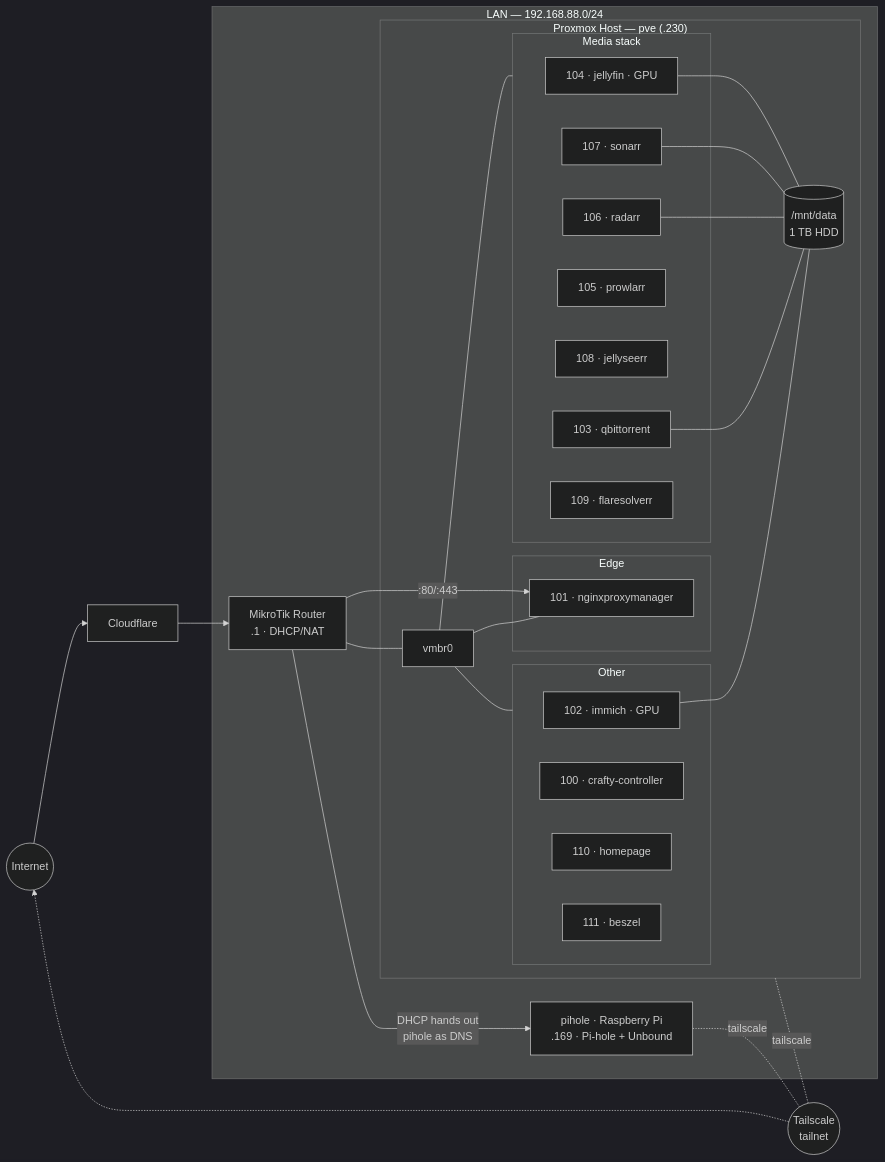
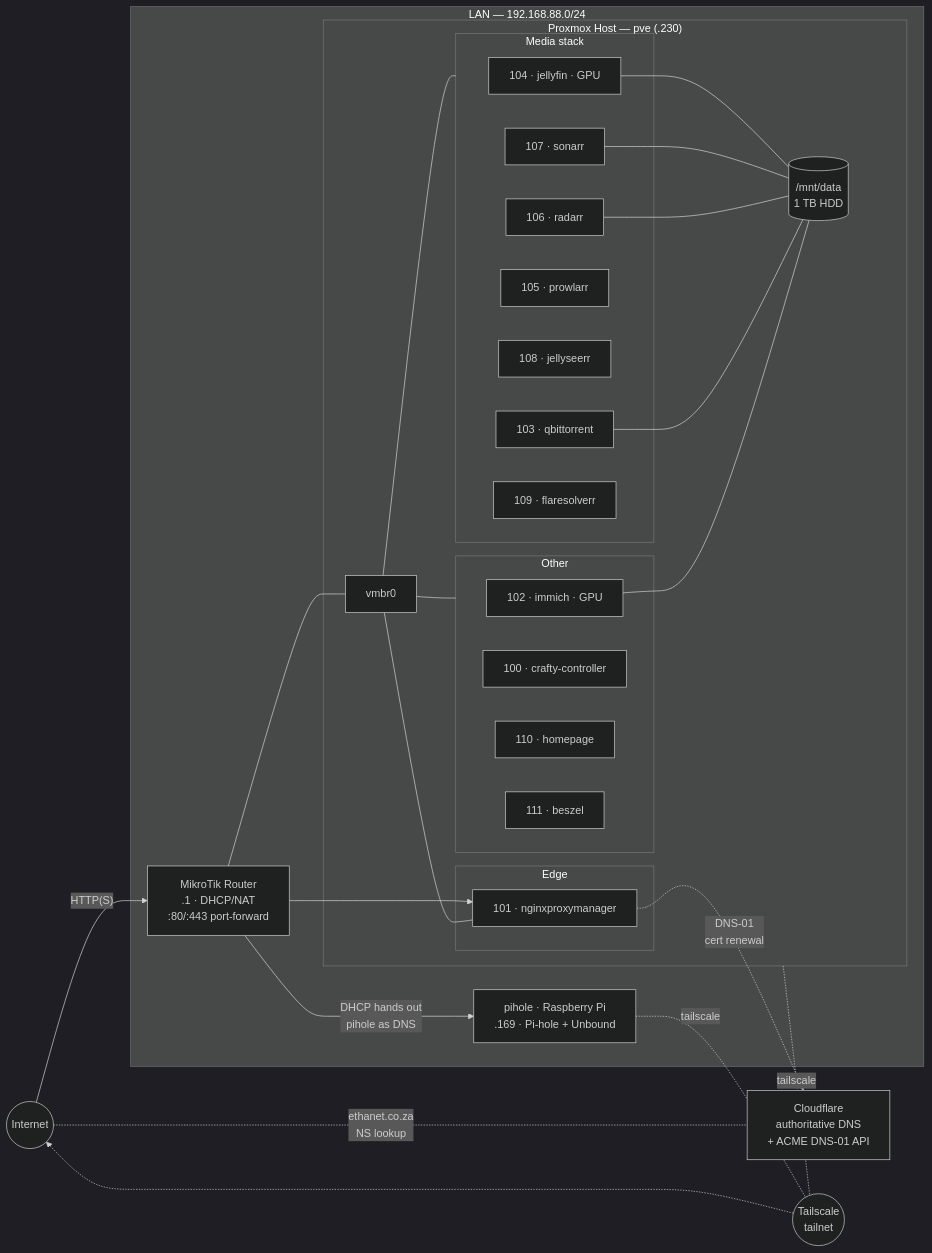
The diagram in diagrams/network.mmd (EthanFavis/Ethanet), drawn with Mermaid (dark theme) before and after one commit. The commit also changed 7 other files, not shown here.

First line of the commit message:
Correct architecture: Tailscale-only access, no public ingress

```diff
--- a/diagrams/network.mmd
+++ b/diagrams/network.mmd
@@ -1,49 +1,51 @@
 %% Topology overview — rendered in README.md
 flowchart LR
     Internet((Internet))
-    CF[Cloudflare]
+    CF[Cloudflare<br/>authoritative DNS<br/>+ ACME DNS-01 API]
 
     subgraph LAN["LAN — 192.168.88.0/24"]
-        Router[MikroTik Router<br/>.1 · DHCP/NAT]
+        Router[MikroTik Router<br/>.1 · DHCP/NAT<br/>:80/:443 port-forward]
         Pihole[pihole · Raspberry Pi<br/>.169 · Pi-hole + Unbound]
 
         subgraph PVE["Proxmox Host — pve (.230)"]
             Bridge[vmbr0]
 
             subgraph Edge["Edge"]
                 NPM[101 · nginxproxymanager]
             end
 
             subgraph Media["Media stack"]
                 Jellyfin[104 · jellyfin · GPU]
                 Sonarr[107 · sonarr]
                 Radarr[106 · radarr]
                 Prowlarr[105 · prowlarr]
                 Seerr[108 · jellyseerr]
                 QB[103 · qbittorrent]
                 Flare[109 · flaresolverr]
             end
 
             subgraph Other["Other"]
                 Immich[102 · immich · GPU]
                 Crafty[100 · crafty-controller]
                 Homepage[110 · homepage]
                 Beszel[111 · beszel]
             end
 
             Storage[(/mnt/data<br/>1 TB HDD)]
         end
     end
 
     Tailnet((Tailscale<br/>tailnet))
 
-    Internet --> CF --> Router
-    Router -- ":80/:443" --> NPM
+    Internet -- "HTTP(S)" --> Router --> NPM
     Router -- "DHCP hands out<br/>pihole as DNS" --> Pihole
     Router --- Bridge
     Bridge --- NPM & Media & Other
     Jellyfin & Sonarr & Radarr & QB & Immich --- Storage
 
+    NPM -. "DNS-01<br/>cert renewal" .-> CF
+    Internet -. "ethanet.co.za<br/>NS lookup" .- CF
+
     Pihole -.tailscale.- Tailnet
     PVE -.tailscale.- Tailnet
     Tailnet -.-> Internet
```
